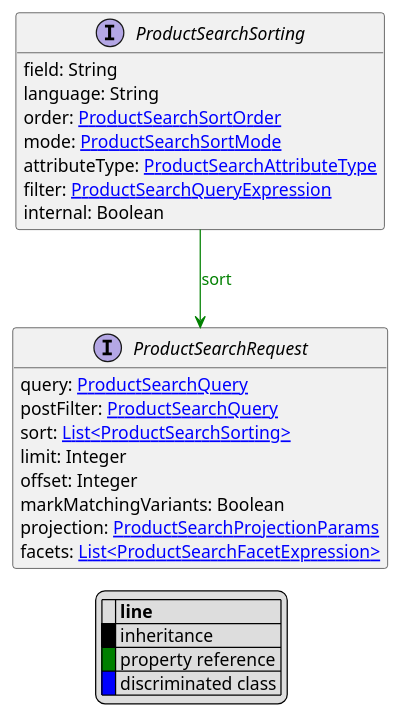
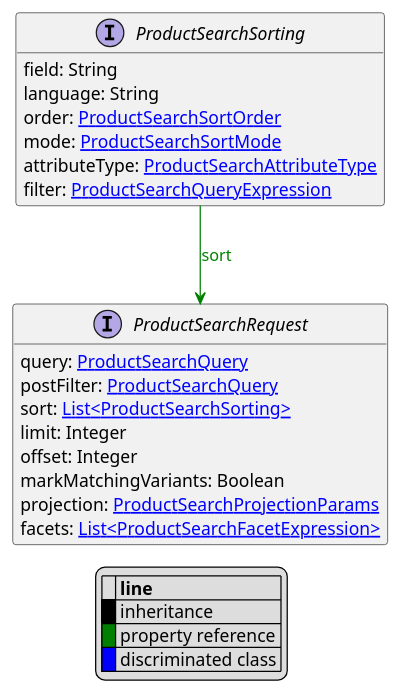
One commit to commercetools/commercetools-api-reference changed the diagram in uml/api/ProductSearchSorting.puml. Above: the diagram before and after it, drawn with PlantUML. The commit also changed 4 other files, not shown here.

```diff
--- a/uml/api/ProductSearchSorting.puml
+++ b/uml/api/ProductSearchSorting.puml
@@ -1,35 +1,34 @@
 @startuml
 
 hide empty fields
 hide empty methods
 legend
 |= |= line |
 |<back:black>   </back>| inheritance |
 |<back:green>   </back>| property reference |
 |<back:blue>   </back>| discriminated class |
 endlegend
 interface ProductSearchSorting [[ProductSearchSorting.svg]]  {
     field: String
     language: String
     order: [[ProductSearchSortOrder.svg ProductSearchSortOrder]]
     mode: [[ProductSearchSortMode.svg ProductSearchSortMode]]
     attributeType: [[ProductSearchAttributeType.svg ProductSearchAttributeType]]
     filter: [[ProductSearchQueryExpression.svg ProductSearchQueryExpression]]
-    internal: Boolean
 }
 
 
 
 interface ProductSearchRequest [[ProductSearchRequest.svg]]  {
     query: [[ProductSearchQuery.svg ProductSearchQuery]]
     postFilter: [[ProductSearchQuery.svg ProductSearchQuery]]
     sort: [[ProductSearchSorting.svg List<ProductSearchSorting>]]
     limit: Integer
     offset: Integer
     markMatchingVariants: Boolean
     projection: [[ProductSearchProjectionParams.svg ProductSearchProjectionParams]]
     facets: [[ProductSearchFacetExpression.svg List<ProductSearchFacetExpression>]]
 }
 
 ProductSearchSorting --> ProductSearchRequest #green;text:green : "sort"
 @enduml
```
